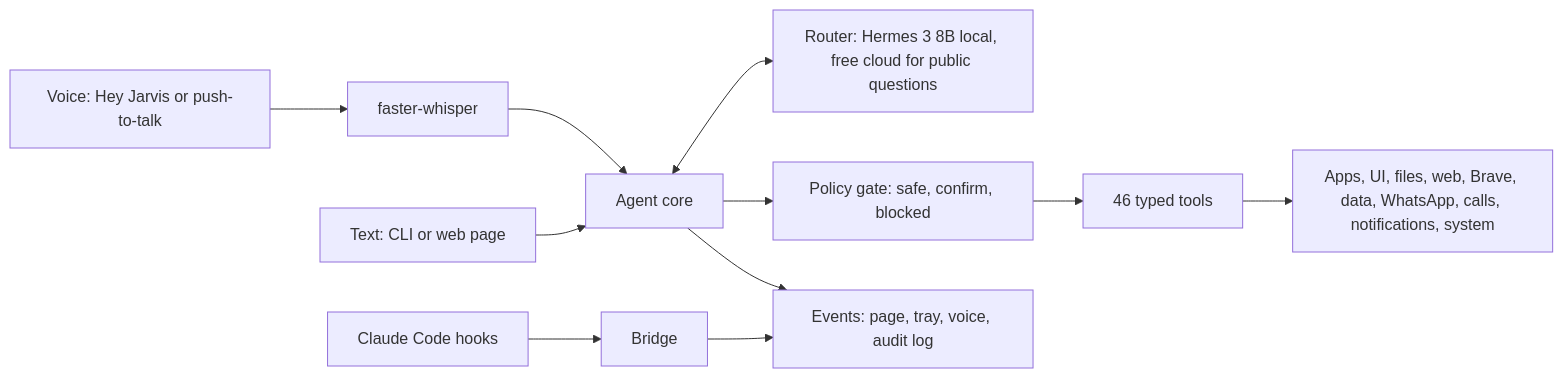
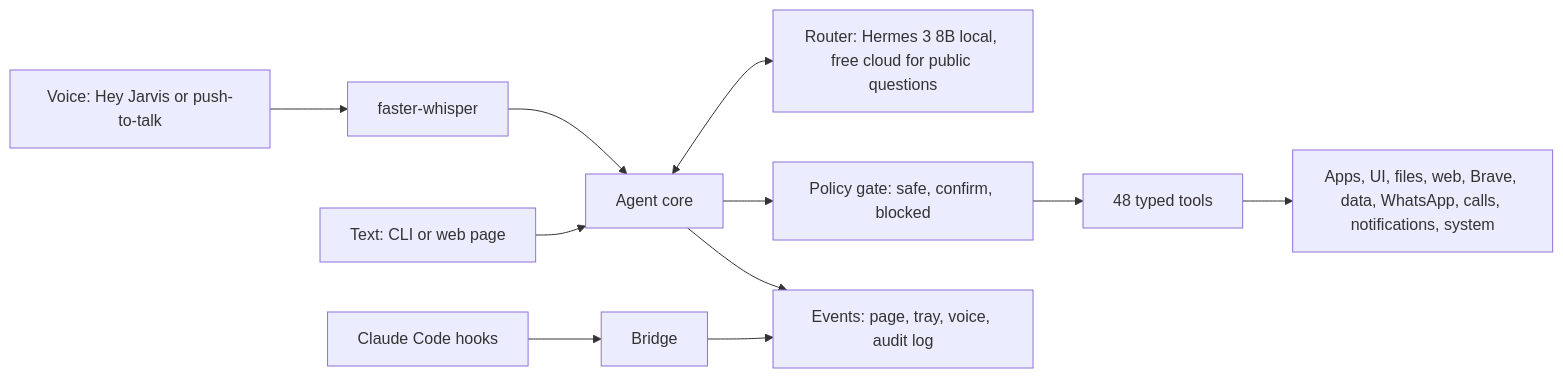
One commit to PreeyasTumulu/JARVIS changed the diagram in README.md. Above: the diagram before and after it, drawn with Mermaid. The commit also changed other lines of this file and 7 other files, not shown here.

````diff
--- a/README.md
+++ b/README.md
@@ -47,12 +49,12 @@
 ```mermaid
 flowchart LR
   V[Voice: Hey Jarvis or push-to-talk] --> STT[faster-whisper]
   STT --> A[Agent core]
   T[Text: CLI or web page] --> A
   A <--> M[Router: Hermes 3 8B local, free cloud for public questions]
   A --> P[Policy gate: safe, confirm, blocked]
-  P --> R[46 typed tools]
+  P --> R[48 typed tools]
   R --> W[Apps, UI, files, web, Brave, data, WhatsApp, calls, notifications, system]
   A --> E[Events: page, tray, voice, audit log]
   C[Claude Code hooks] --> B[Bridge] --> E
 ```
````
